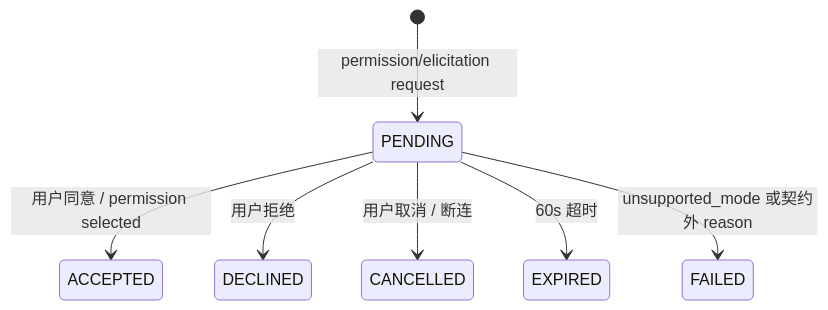
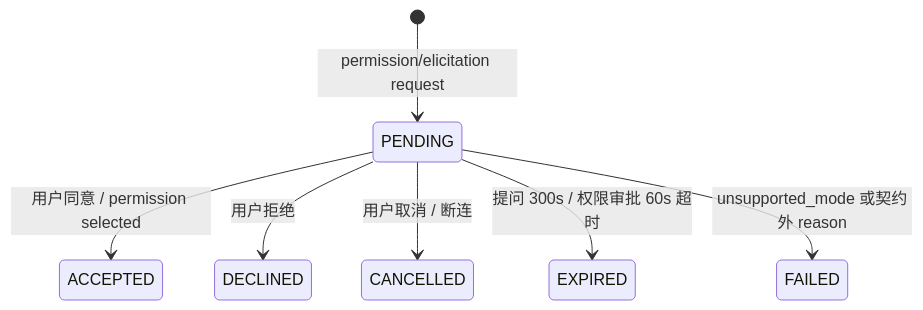
The second of 3 diagrams in docs/knowledges/domain/50-会话与交互/00-上下文概览.md (Deliay/z-agent-gear), drawn with Mermaid before and after one commit. The commit also changed other lines of this file and 6 other files, not shown here.

````diff
--- a/docs/knowledges/domain/50-会话与交互/00-上下文概览.md
+++ b/docs/knowledges/domain/50-会话与交互/00-上下文概览.md
@@ -51,9 +51,9 @@
 ```mermaid
 stateDiagram-v2
     [*] --> PENDING: permission/elicitation request
     PENDING --> ACCEPTED: 用户同意 / permission selected
     PENDING --> DECLINED: 用户拒绝
     PENDING --> CANCELLED: 用户取消 / 断连
-    PENDING --> EXPIRED: 60s 超时
+    PENDING --> EXPIRED: 提问 300s / 权限审批 60s 超时
     PENDING --> FAILED: unsupported_mode 或契约外 reason
 ```
````
